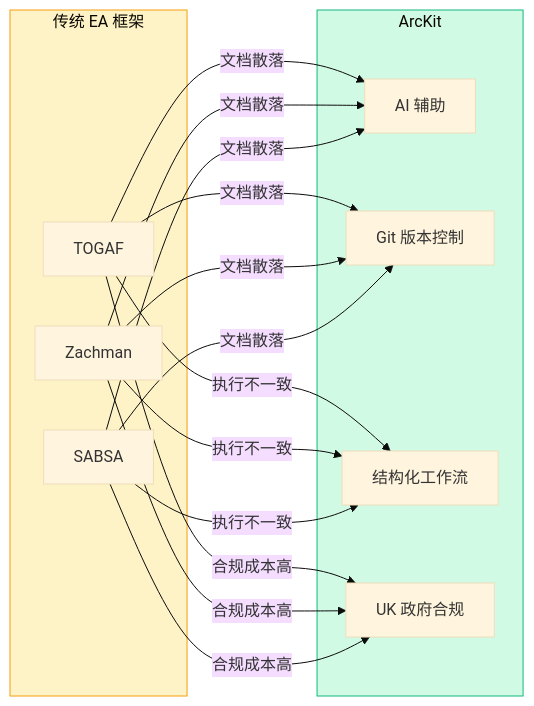
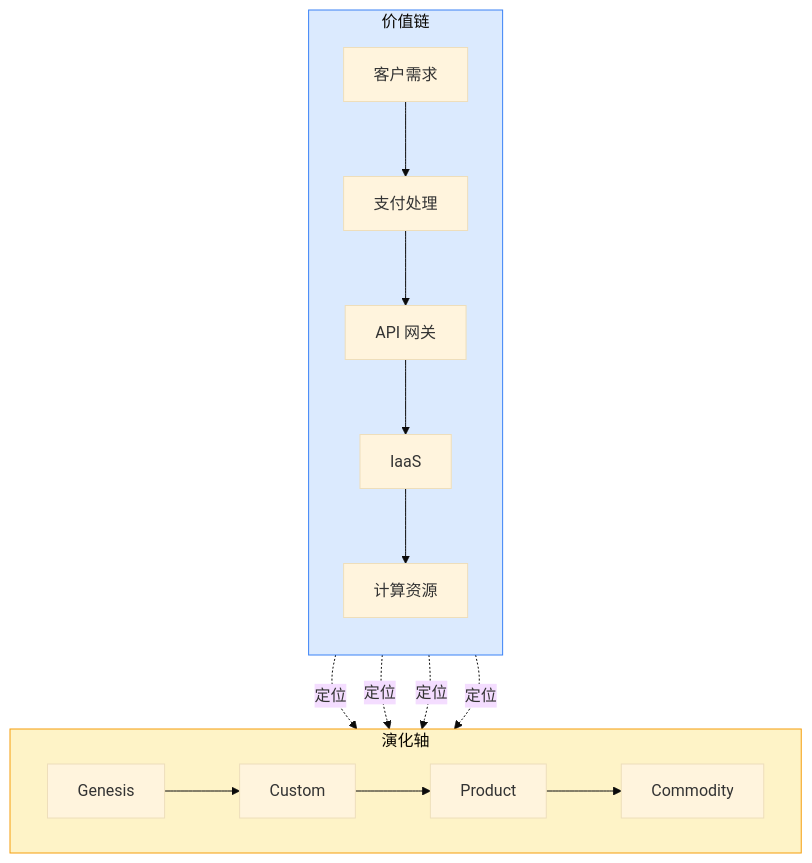
Before and after one commit to A1pha3/text-matrix: the fifth of 7 diagrams in content/posts/tech/arc-kit-enterprise-architecture-governance.md, drawn with Mermaid (base theme). The commit also changed other lines of this file and 70 other files, not shown here.

````diff
--- a/content/posts/tech/arc-kit-enterprise-architecture-governance.md
+++ b/content/posts/tech/arc-kit-enterprise-architecture-governance.md
@@ -598,22 +384,25 @@
 ```mermaid
-flowchart LR
-    subgraph Traditional[传统 EA 框架]
-        T1[TOGAF]
-        T2[Zachman]
-        T3[SABSA]
+flowchart TB
+    subgraph ValueChain [价值链]
+        direction TB
+        CUSTOMER[客户需求] --> NEED[支付处理]
+        NEED --> GATEWAY[API 网关]
+        GATEWAY --> IAAS[IaaS]
+        IAAS --> COMPUTE[计算资源]
     end
 
-    subgraph ArcKit[ArcKit]
-        A1[AI 辅助]
-        A2[Git 版本控制]
-        A3[结构化工作流]
-        A4[UK 政府合规]
+    subgraph Evolution [演化轴]
+        direction LR
+        GENESIS[Genesis] --> CUSTOM[Custom]
+        CUSTOM --> PRODUCT[Product]
+        PRODUCT --> COMMODITY[Commodity]
     end
 
-    T1 & T2 & T3 -->|文档散落| A1 & A2
-    T1 & T2 & T3 -->|执行不一致| A3
-    T1 & T2 & T3 -->|合规成本高| A4
+    COMPUTE -.->|定位| COMMODITY
+    IAAS -.->|定位| PRODUCT
+    GATEWAY -.->|定位| CUSTOM
+    NEED -.->|定位| GENESIS
 
-    style Traditional fill:#fef3c7,stroke:#f59e0b
-    style ArcKit fill:#d1fae5,stroke:#10b981
+    style ValueChain fill:#dbeafe,stroke:#3b82f6
+    style Evolution fill:#fef3c7,stroke:#f59e0b
 ```
````
